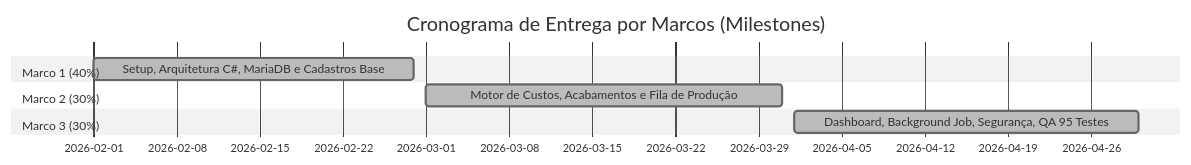
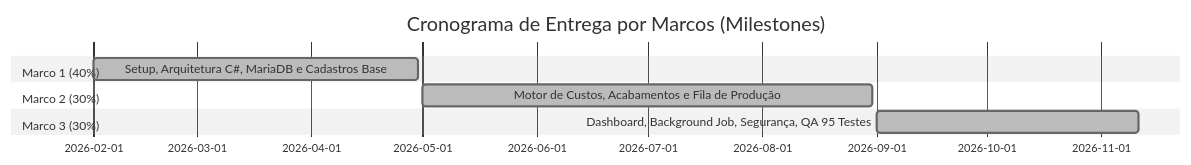
One commit to FelipeSilveiraP/TRABALHO_GRADUACAO_FATEC changed the second of 2 diagrams in docs/PROPOSTA COMERCIAL/Documento_Proposta_Comercial.md. Above: the diagram before and after it, drawn with Mermaid (neutral theme). The commit also changed 14 other files, not shown here.

````diff
--- a/docs/PROPOSTA COMERCIAL/Documento_Proposta_Comercial.md
+++ b/docs/PROPOSTA COMERCIAL/Documento_Proposta_Comercial.md
@@ -132,11 +132,11 @@
 ```mermaid
 gantt
     title Cronograma de Entrega por Marcos (Milestones)
     dateFormat  YYYY-MM-DD
     section Marco 1 (40%)
-    Setup, Arquitetura C#, MariaDB e Cadastros Base :done, m1, 2026-02-01, 2026-02-28
+    Setup, Arquitetura C#, MariaDB e Cadastros Base :done, m1, 2026-02-01, 2026-04-30
     section Marco 2 (30%)
-    Motor de Custos, Acabamentos e Fila de Produção :done, m2, 2026-03-01, 2026-03-31
+    Motor de Custos, Acabamentos e Fila de Produção :done, m2, 2026-05-01, 2026-08-31
     section Marco 3 (30%)
-    Dashboard, Background Job, Segurança, QA 95 Testes :done, m3, 2026-04-01, 2026-04-30
+    Dashboard, Background Job, Segurança, QA 95 Testes :done, m3, 2026-09-01, 2026-11-11
 ```
````
